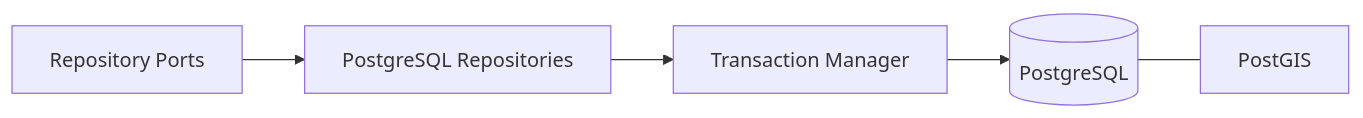
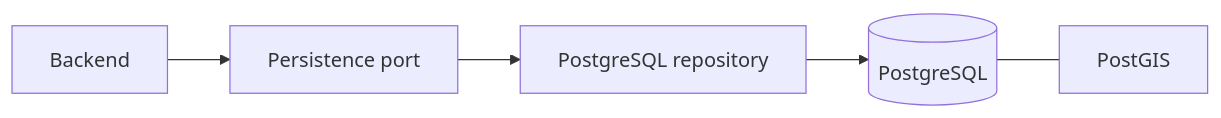
One commit to Danh20100/moibile_app changed the fourth of 5 diagrams in docs/contexts/system-map.md. Above: the diagram before and after it, drawn with Mermaid. The commit also changed other lines of this file and 9 other files, not shown here.

````diff
--- a/docs/contexts/system-map.md
+++ b/docs/contexts/system-map.md
@@ -90,7 +68,7 @@
 ```mermaid
 flowchart LR
-    PORT[Repository Ports] --> IMPL[PostgreSQL Repositories]
-    IMPL --> TX[Transaction Manager]
-    TX --> PG[(PostgreSQL)]
-    PG --- GIS[PostGIS]
+    APP["Backend"] --> PORT["Persistence port"]
+    PORT --> REPO["PostgreSQL repository"]
+    REPO --> DB[("PostgreSQL")]
+    DB --- GIS["PostGIS"]
 ```
````
